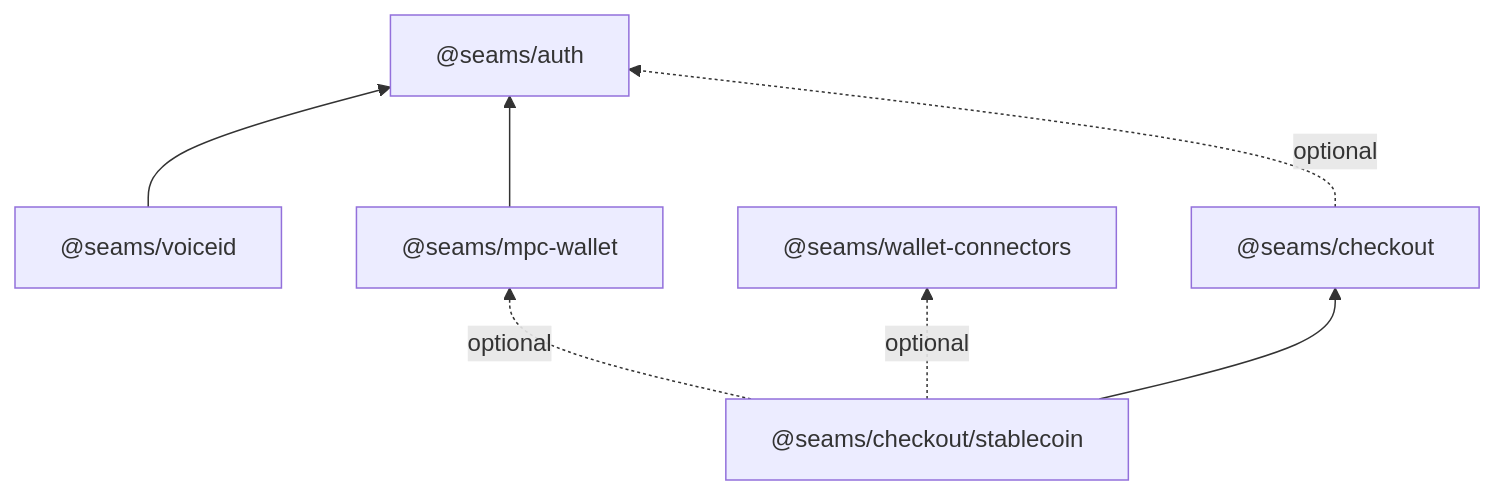
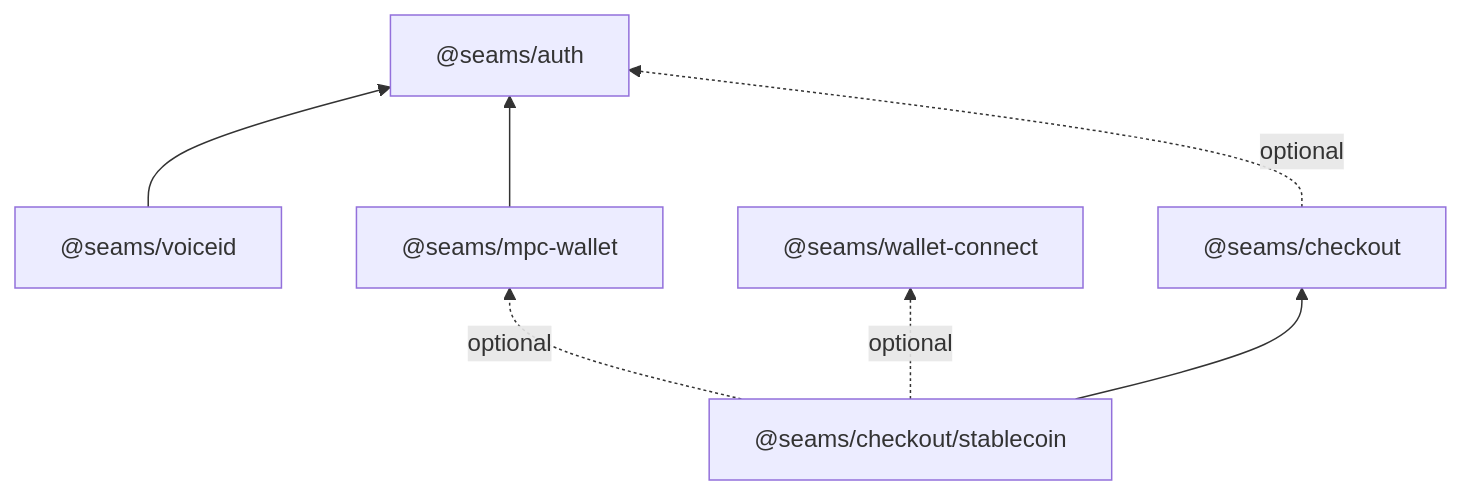
The diagram in docs/refactor-251-auth-wallet-checkout-modules.md (seams-tech/seams-wallet), drawn with Mermaid before and after one commit. The commit also changed other lines of this file and 1 other file, not shown here.

Commit message:
Plan: name the connectors package wallet-connect

````diff
--- a/docs/refactor-251-auth-wallet-checkout-modules.md
+++ b/docs/refactor-251-auth-wallet-checkout-modules.md
@@ -256,11 +257,11 @@
 ```mermaid
 flowchart BT
     Auth["@seams/auth"]
     Voice["@seams/voiceid"] --> Auth
     Wallet["@seams/mpc-wallet"] --> Auth
-    External["@seams/wallet-connectors"]
+    External["@seams/wallet-connect"]
     Checkout["@seams/checkout"] -. optional .-> Auth
     Rail["@seams/checkout/stablecoin"] -. optional .-> Wallet
     Rail -. optional .-> External
     Rail --> Checkout
 ```
````
